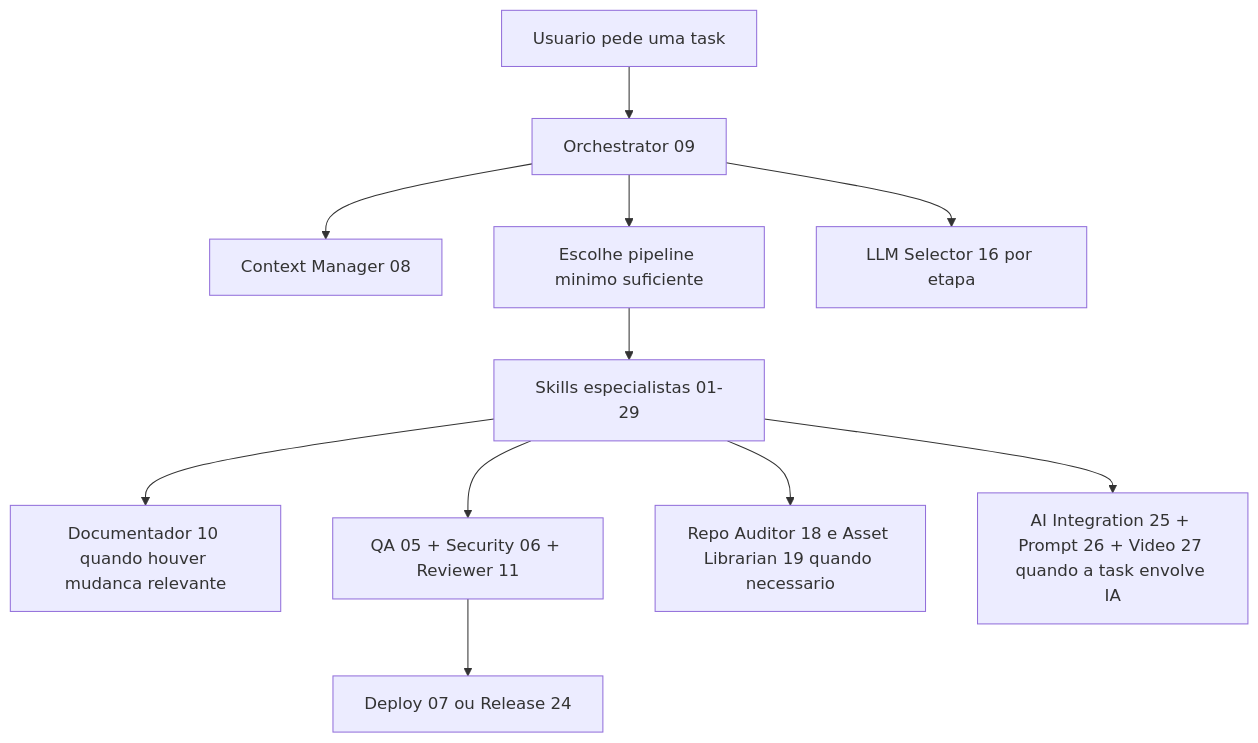
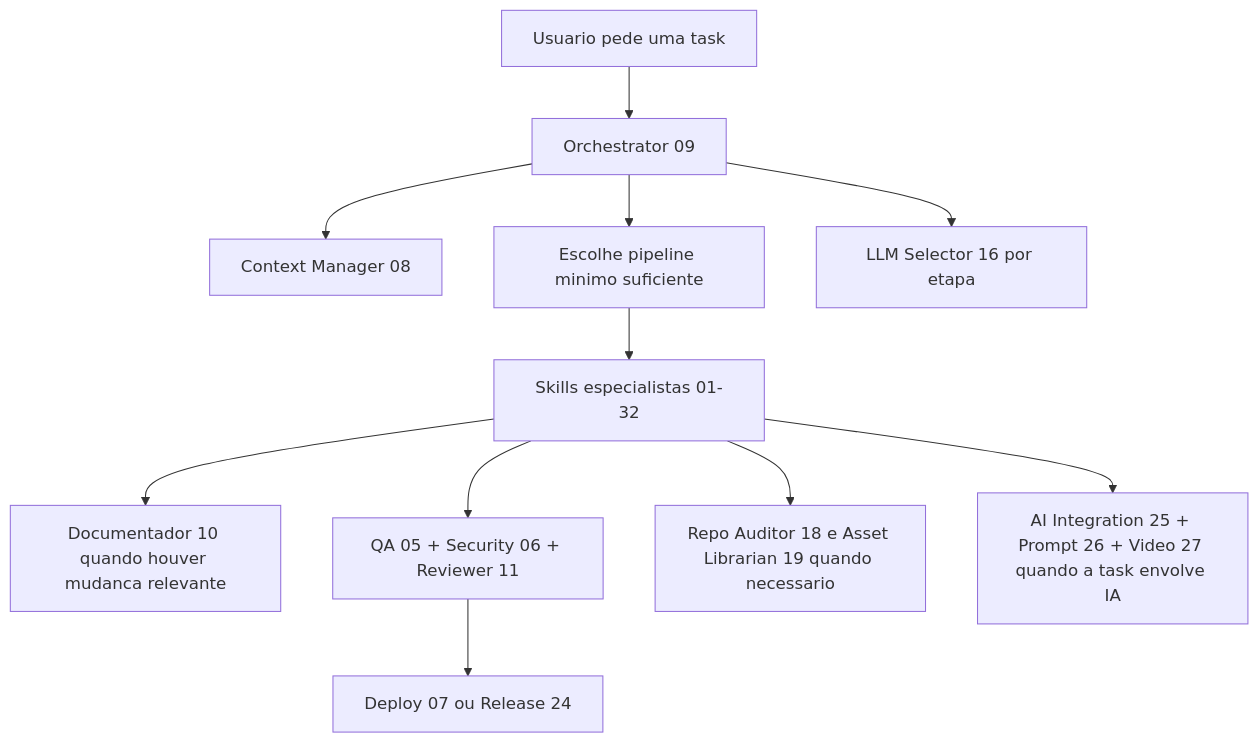
One commit to felvieira/claude-skills-fv changed the first of 3 diagrams in README.md. Above: the diagram before and after it, drawn with Mermaid. The commit also changed other lines of this file and 4 other files, not shown here.

````diff
--- a/README.md
+++ b/README.md
@@ -58,13 +58,13 @@
 ```mermaid
 flowchart TD
     A[Usuario pede uma task] --> B[Orchestrator 09]
     B --> C[Context Manager 08]
     B --> D[Escolhe pipeline minimo suficiente]
-    D --> E[Skills especialistas 01-29]
+    D --> E[Skills especialistas 01-32]
     E --> F[Documentador 10 quando houver mudanca relevante]
     E --> G[QA 05 + Security 06 + Reviewer 11]
     G --> H[Deploy 07 ou Release 24]
     B --> I[LLM Selector 16 por etapa]
     E --> J[Repo Auditor 18 e Asset Librarian 19 quando necessario]
     E --> K[AI Integration 25 + Prompt 26 + Video 27 quando a task envolve IA]
 ```
````
